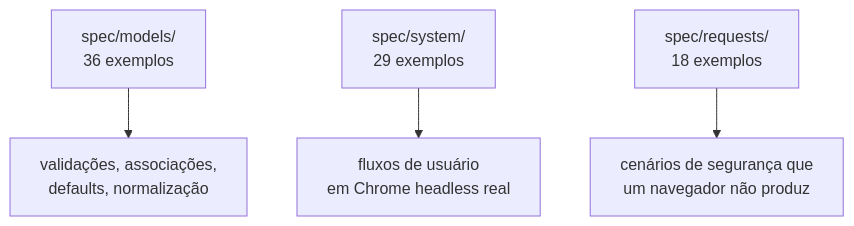
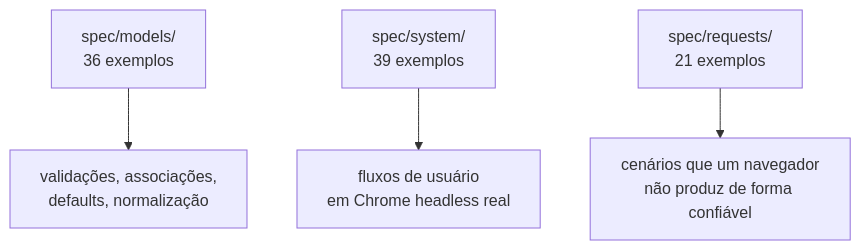
One commit to Tullira/v360_to-do-list changed the sixth of 7 diagrams in docs/ARQUITETURA.md. Above: the diagram before and after it, drawn with Mermaid. The commit also changed other lines of this file and 21 other files, not shown here.

````diff
--- a/docs/ARQUITETURA.md
+++ b/docs/ARQUITETURA.md
@@ -289,6 +368,6 @@
 ```mermaid
 flowchart TD
     M["spec/models/<br/>36 exemplos"] --> M1["validações, associações,<br/>defaults, normalização"]
-    S["spec/system/<br/>29 exemplos"] --> S1["fluxos de usuário<br/>em Chrome headless real"]
-    R["spec/requests/<br/>18 exemplos"] --> R1["cenários de segurança que<br/>um navegador não produz"]
+    S["spec/system/<br/>39 exemplos"] --> S1["fluxos de usuário<br/>em Chrome headless real"]
+    R["spec/requests/<br/>21 exemplos"] --> R1["cenários que um navegador<br/>não produz de forma confiável"]
 ```
````
